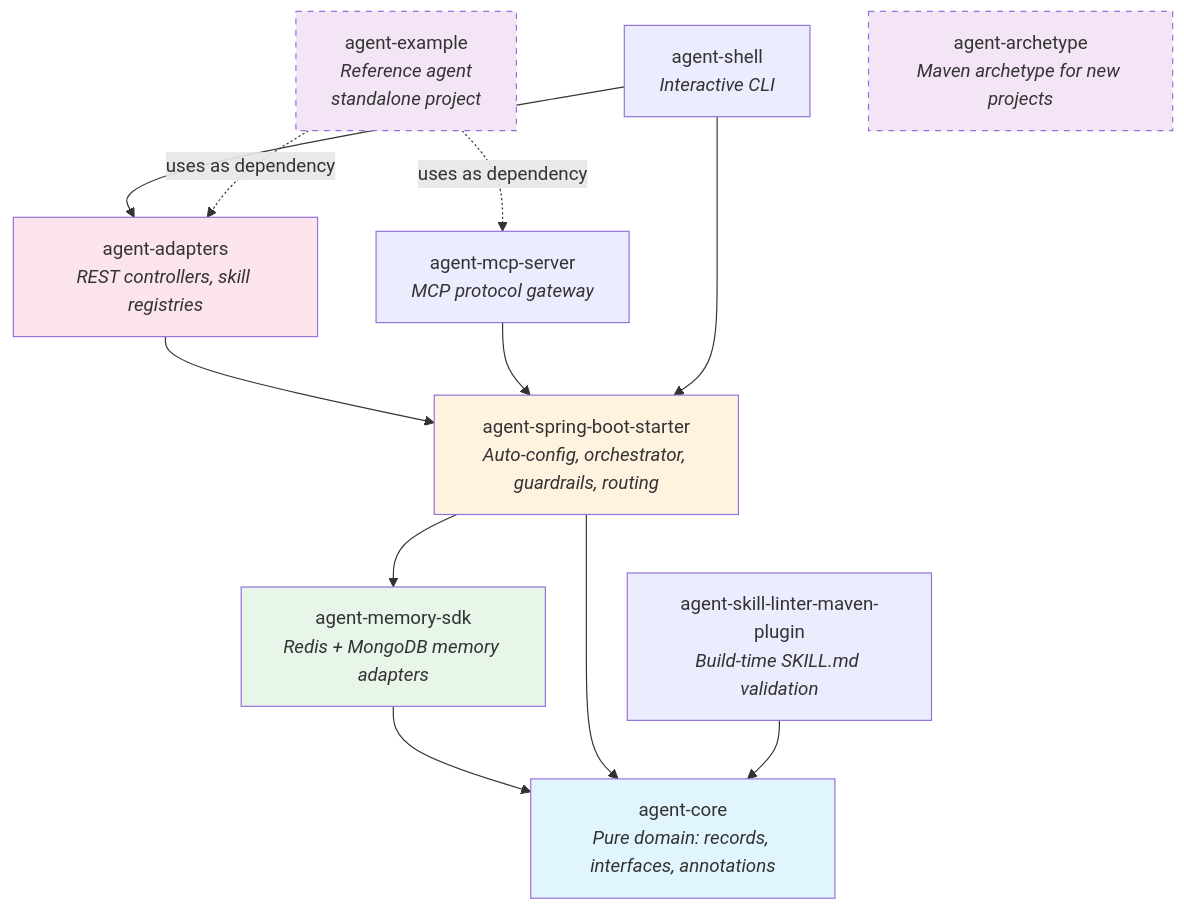
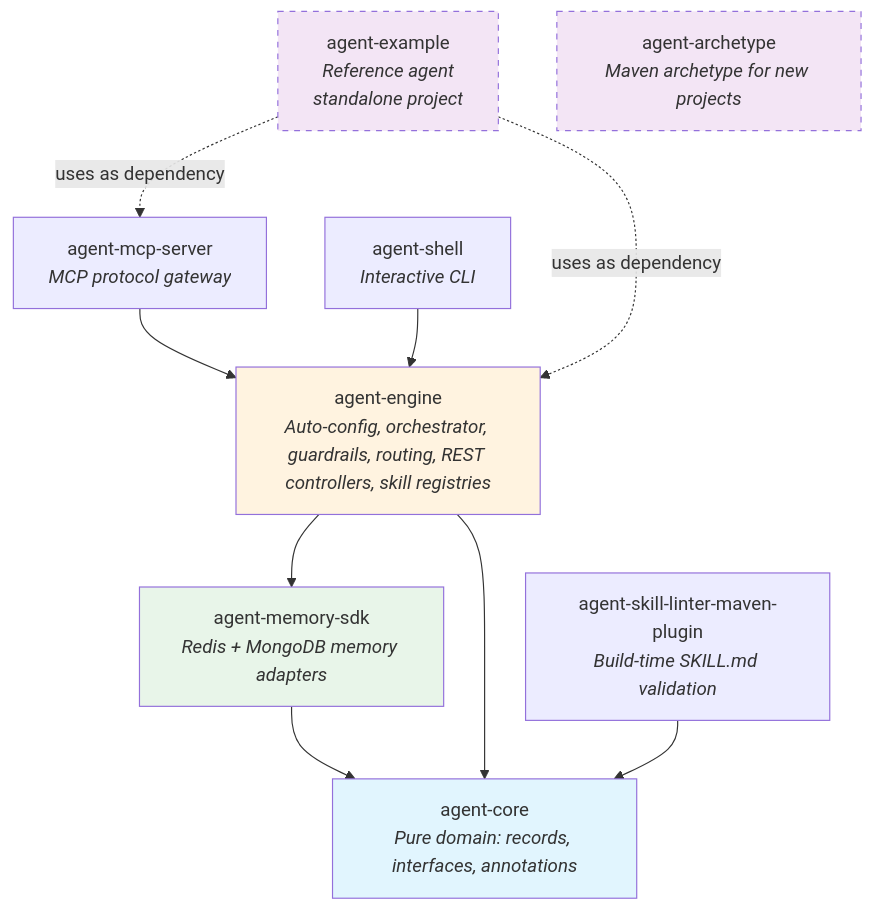
The eighth of 8 diagrams in docs/architecture-diagrams.md (GiskardB/gargantua), drawn with Mermaid before and after one commit. The commit also changed 86 other files, not shown here.

First line of the commit message:
refactor: merge agent-adapters into agent-engine (was agent-spring-boot-starter)

````diff
--- a/docs/architecture-diagrams.md
+++ b/docs/architecture-diagrams.md
@@ -302,39 +302,34 @@
 ```mermaid
 graph TD
     CORE[agent-core<br/><i>Pure domain: records, interfaces, annotations</i>]
 
     MEMORY[agent-memory-sdk<br/><i>Redis + MongoDB memory adapters</i>]
 
-    STARTER[agent-spring-boot-starter<br/><i>Auto-config, orchestrator, guardrails, routing</i>]
-
-    ADAPTERS[agent-adapters<br/><i>REST controllers, skill registries</i>]
+    ENGINE[agent-engine<br/><i>Auto-config, orchestrator, guardrails, routing, REST controllers, skill registries</i>]
 
     MCP[agent-mcp-server<br/><i>MCP protocol gateway</i>]
 
     EXAMPLE[agent-example<br/><i>Reference agent<br/>standalone project</i>]
 
     SHELL[agent-shell<br/><i>Interactive CLI</i>]
 
     LINTER[agent-skill-linter-maven-plugin<br/><i>Build-time SKILL.md validation</i>]
 
     ARCHETYPE[agent-archetype<br/><i>Maven archetype for new projects</i>]
 
     MEMORY --> CORE
-    STARTER --> CORE
-    STARTER --> MEMORY
-    ADAPTERS --> STARTER
-    MCP --> STARTER
-    SHELL --> STARTER
-    SHELL --> ADAPTERS
+    ENGINE --> CORE
+    ENGINE --> MEMORY
+    MCP --> ENGINE
+    SHELL --> ENGINE
     LINTER --> CORE
 
-    EXAMPLE -.->|uses as dependency| ADAPTERS
+    EXAMPLE -.->|uses as dependency| ENGINE
     EXAMPLE -.->|uses as dependency| MCP
 
     style CORE fill:#e1f5fe
     style MEMORY fill:#e8f5e9
-    style STARTER fill:#fff3e0
-    style ADAPTERS fill:#fce4ec
+    style ENGINE fill:#fff3e0
     style EXAMPLE fill:#f3e5f5,stroke-dasharray: 5 5
     style ARCHETYPE fill:#f3e5f5,stroke-dasharray: 5 5
 ```
````
